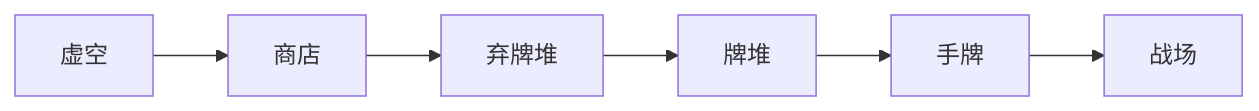
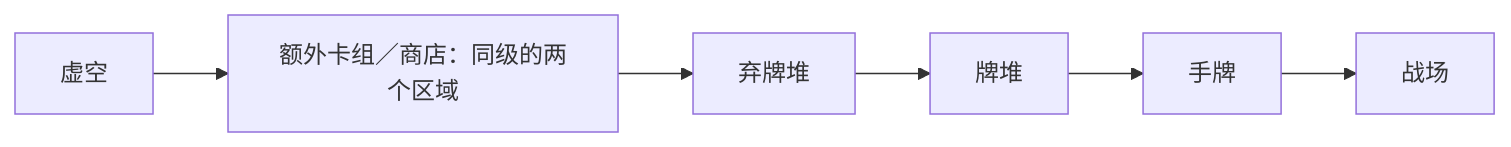
Before and after one commit to Time-Block-Hero/tbh-website: the third of 3 diagrams in docs/rules/common/elements.md, drawn with Mermaid. The commit also changed other lines of this file and 26 other files, not shown here.

````diff
--- a/docs/rules/common/elements.md
+++ b/docs/rules/common/elements.md
@@ -220,4 +226,4 @@
 ```mermaid
 flowchart LR
-  void["虚空"] --> shop["商店"] --> discard["弃牌堆"] --> deck["牌堆"] --> hand["手牌"] --> field["战场"]
+  void["虚空"] --> shop["额外卡组／商店：同级的两个区域"] --> discard["弃牌堆"] --> deck["牌堆"] --> hand["手牌"] --> field["战场"]
 ```
````
